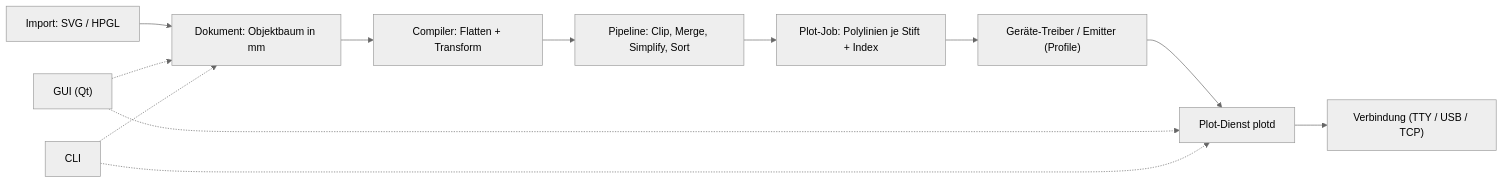
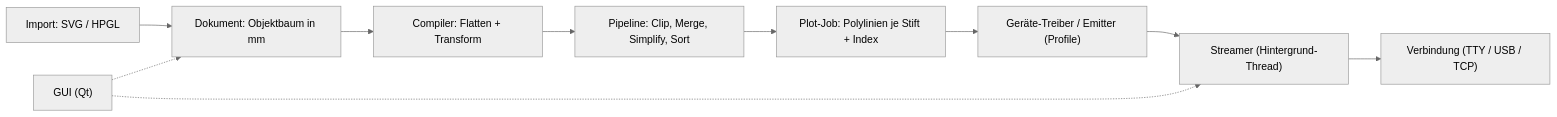
One commit to colorcube/linto changed the first of 3 diagrams in docs/project/konzept.md. Above: the diagram before and after it, drawn with Mermaid (neutral theme). The commit also changed other lines of this file and 3 other files, not shown here.

Commit message:
docs(konzept): v2.4 – Streaming im Thread statt plotd, Gerät als Wahrheitsquelle, XP-500-Achsenmodell

````diff
--- a/docs/project/konzept.md
+++ b/docs/project/konzept.md
@@ -49,14 +54,12 @@
 ```mermaid
 flowchart LR
   IMP["Import: SVG / HPGL"] --> DOC
   DOC["Dokument: Objektbaum in mm"] --> COMP["Compiler: Flatten + Transform"]
   COMP --> PIPE["Pipeline: Clip, Merge, Simplify, Sort"]
   PIPE --> JOB["Plot-Job: Polylinien je Stift + Index"]
   JOB --> DRV["Geräte-Treiber / Emitter (Profile)"]
-  DRV --> PLOTD["Plot-Dienst plotd"]
-  PLOTD --> CONN["Verbindung (TTY / USB / TCP)"]
+  DRV --> STREAM["Streamer (Hintergrund-Thread)"]
+  STREAM --> CONN["Verbindung (TTY / USB / TCP)"]
   GUI["GUI (Qt)"] -.-> DOC
-  GUI -.-> PLOTD
-  CLI["CLI"] -.-> DOC
-  CLI -.-> PLOTD
+  GUI -.-> STREAM
 ```
````
